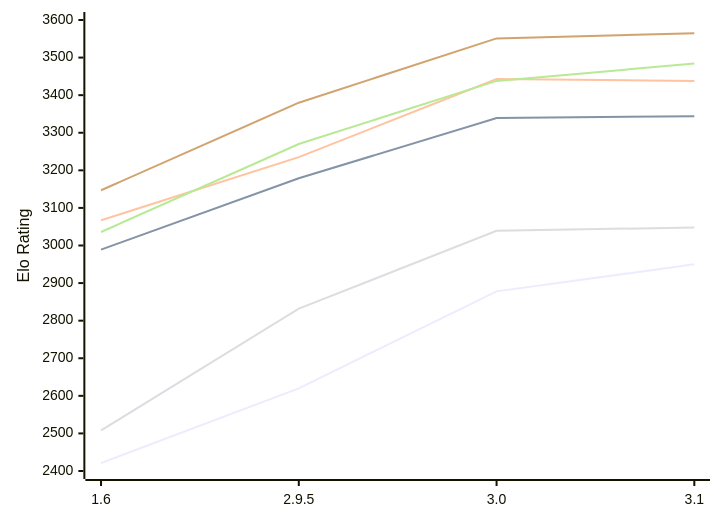
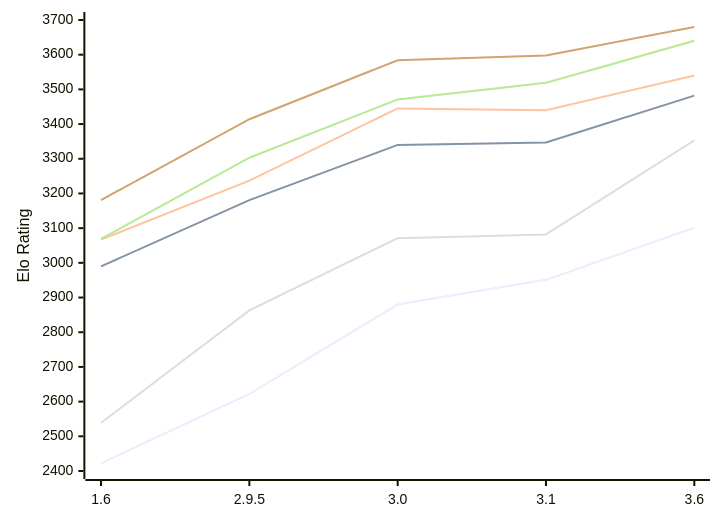
One commit to computer-chess-index/cci changed the diagram in engines/Chessenger.md. Above: the diagram before and after it, drawn with Mermaid. The commit also changed other lines of this file, not shown here.

Commit message:
Update CCI Ratings (ELO VLTC) - 2026-11-05

````diff
--- a/engines/Chessenger.md
+++ b/engines/Chessenger.md
@@ -53,12 +55,12 @@
 ```mermaid
 %%{init: {"theme":"base","themeVariables":{"seriesColors:['#a3a3a3','#222221','#faa371']}}}%%
 xychart-beta
-  x-axis ["1.6", "2.9.5", "3.0", "3.1"]
-  y-axis "Elo Rating" 2400 --> 3600
-  line "E1: STC (8.0+0.08s)" [2421, 2620, 2878, 2950]
-  line "E1: LTC (60.0+0.60s)" [2989, 3179, 3339, 3344]
-  line "E1: VLTC (2m24s+1.12s)" [3067, 3235, 3443, 3438]
-  line "P1: STC (8.0+0.08s)" [2508, 2832, 3039, 3048]
-  line "P1: LTC (60.0+0.60s)" [3036, 3270, 3438, 3484]
-  line "P1: VLTC (2m24s+1.12s)" [3147, 3380, 3551, 3565]
+  x-axis ["1.6", "2.9.5", "3.0", "3.1", "3.6"]
+  y-axis "Elo Rating" 2400 --> 3700
+  line "E1: STC (8.0+0.08s)" [2422, 2622, 2880, 2951, 3101]
+  line "E1: LTC (60.0+0.60s)" [2990, 3181, 3340, 3347, 3482]
+  line "E1: VLTC (2m24s+1.12s)" [3067, 3237, 3445, 3440, 3540]
+  line "P1: STC (8.0+0.08s)" [2539, 2863, 3071, 3082, 3353]
+  line "P1: LTC (60.0+0.60s)" [3069, 3303, 3471, 3519, 3640]
+  line "P1: VLTC (2m24s+1.12s)" [3181, 3414, 3584, 3598, 3680]
 ```
````
